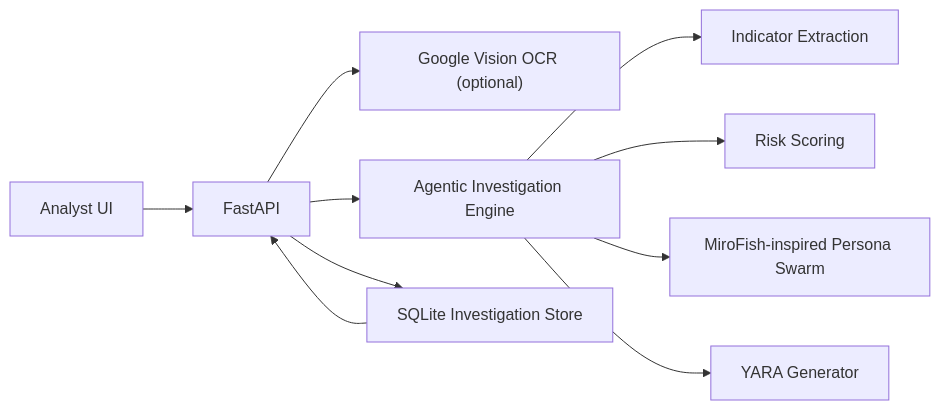
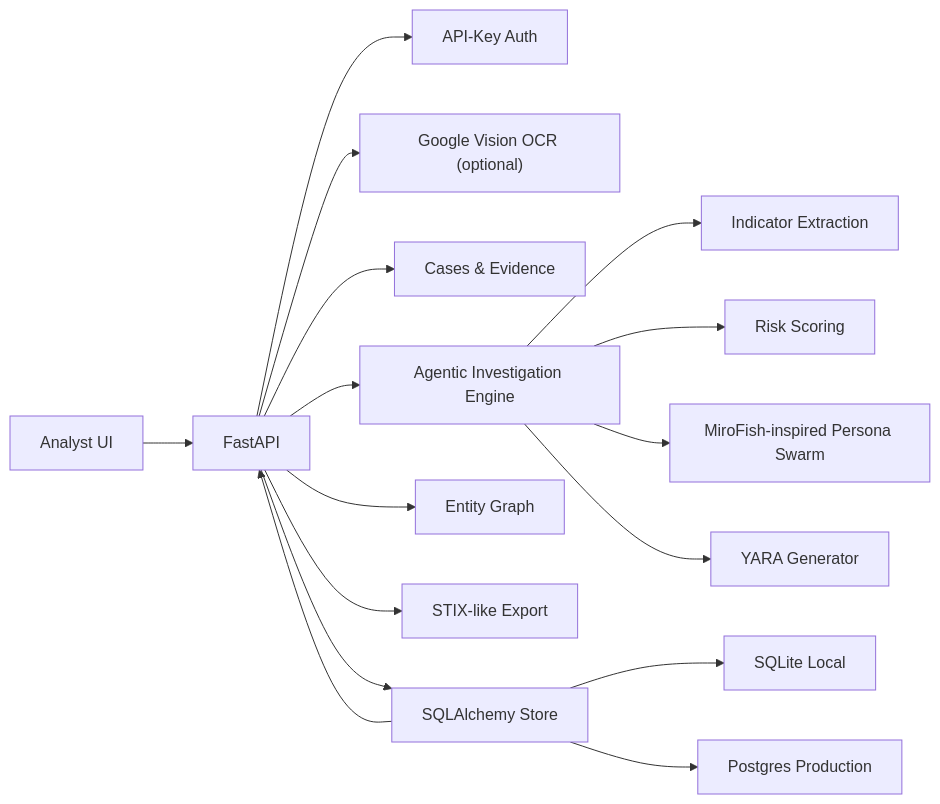
The diagram in docs/PRD.md (mayanklau/Darkweb-monitoring.---Agentic-AI), drawn with Mermaid before and after one commit. The commit also changed other lines of this file and 1 other file, not shown here.

````diff
--- a/docs/PRD.md
+++ b/docs/PRD.md
@@ -106,12 +156,18 @@
 ```mermaid
 flowchart LR
   UI["Analyst UI"] --> API["FastAPI"]
+  API --> Auth["API-Key Auth"]
   API --> OCR["Google Vision OCR (optional)"]
+  API --> Cases["Cases & Evidence"]
   API --> Agents["Agentic Investigation Engine"]
   Agents --> Extract["Indicator Extraction"]
   Agents --> Risk["Risk Scoring"]
   Agents --> Swarm["MiroFish-inspired Persona Swarm"]
   Agents --> YARA["YARA Generator"]
-  API --> Store["SQLite Investigation Store"]
+  API --> Graph["Entity Graph"]
+  API --> Export["STIX-like Export"]
+  API --> Store["SQLAlchemy Store"]
+  Store --> SQLite["SQLite Local"]
+  Store --> Postgres["Postgres Production"]
   Store --> API
 ```
````
